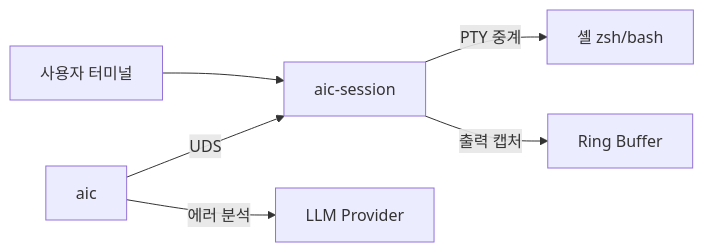
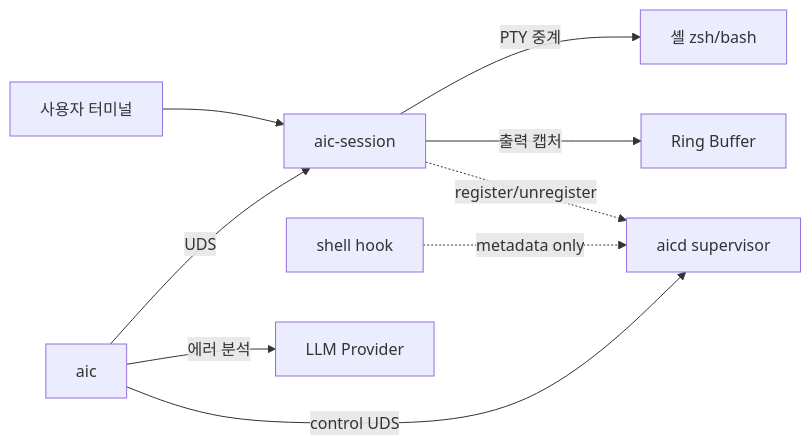
Before and after one commit to x-mesh/aic: the diagram in README.md, drawn with Mermaid. The commit also changed other lines of this file and 2 other files, not shown here.

First line of the commit message:
docs: refresh README/ARCHITECTURE/CHANGELOG for Phase 0~4

````diff
--- a/README.md
+++ b/README.md
@@ -13,8 +15,11 @@
 ```mermaid
 graph LR
     User[사용자 터미널] --> Session[aic-session]
     Session -->|PTY 중계| Shell[셸 zsh/bash]
     Session -->|출력 캡처| RB[Ring Buffer]
+    Session -.register/unregister.-> AICD[aicd supervisor]
+    Hook[shell hook] -.metadata only.-> AICD
     Client[aic] -->|UDS| Session
+    Client -->|control UDS| AICD
     Client -->|에러 분석| LLM[LLM Provider]
 ```
````
